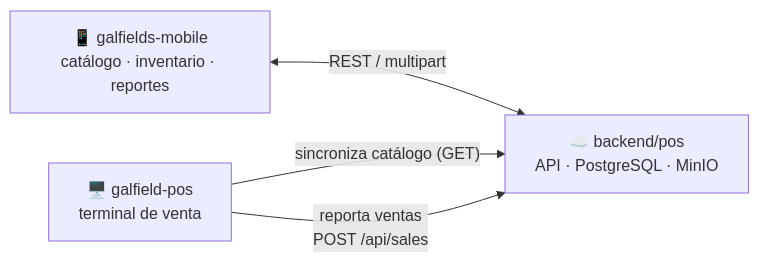
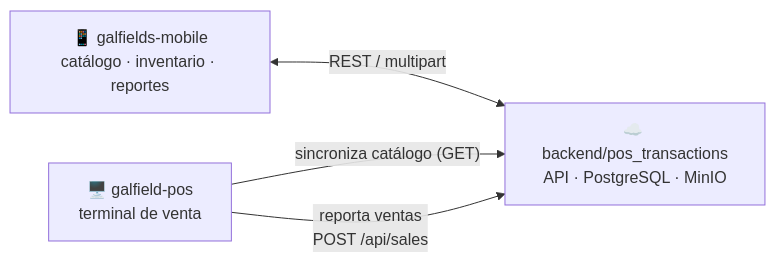
The diagram in README.md (Bobsuarez/galfields), drawn with Mermaid before and after one commit. The commit also changed other lines of this file and 514 other files, not shown here.

````diff
--- a/README.md
+++ b/README.md
@@ -15,10 +15,10 @@
 ```mermaid
 flowchart LR
     Mobile["📱 galfields-mobile\ncatálogo · inventario · reportes"]
-    Backend["☁️ backend/pos\nAPI · PostgreSQL · MinIO"]
+    Backend["☁️ backend/pos_transactions\nAPI · PostgreSQL · MinIO"]
     POS["🖥️ galfield-pos\nterminal de venta"]
 
     Mobile <-->|"REST / multipart"| Backend
     POS -->|"sincroniza catálogo (GET)"| Backend
     POS -->|"reporta ventas\nPOST /api/sales"| Backend
 ```
````
